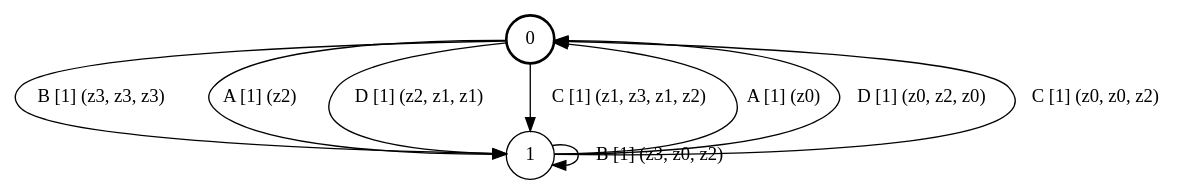
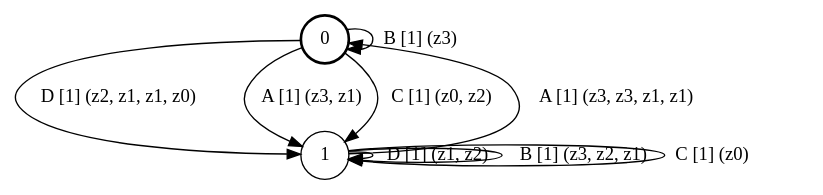
One commit to ulyantsev/EFSM-tools changed the diagram in qbf/testing/fsm_2s4e4a.dot. Above: the diagram before and after it, drawn with Graphviz. The commit also changed 812 other files, not shown here.

```diff
--- a/qbf/testing/fsm_2s4e4a.dot
+++ b/qbf/testing/fsm_2s4e4a.dot
@@ -1,14 +1,14 @@
 # generated file, don't try to modify
 # command: dot -Tpng <filename> > tree.png
 digraph Automaton {
     node [shape = circle];
     0 [style = "bold"];
-    0 -> 1 [label = "B [1] (z3, z3, z3) "];
-    0 -> 1 [label = "A [1] (z2) "];
-    0 -> 1 [label = "D [1] (z2, z1, z1) "];
-    0 -> 1 [label = "C [1] (z1, z3, z1, z2) "];
-    1 -> 1 [label = "B [1] (z3, z0, z2) "];
-    1 -> 0 [label = "A [1] (z0) "];
-    1 -> 0 [label = "D [1] (z0, z2, z0) "];
-    1 -> 0 [label = "C [1] (z0, z0, z2) "];
+    0 -> 1 [label = "D [1] (z2, z1, z1, z0) "];
+    0 -> 1 [label = "A [1] (z3, z1) "];
+    0 -> 0 [label = "B [1] (z3) "];
+    0 -> 1 [label = "C [1] (z0, z2) "];
+    1 -> 1 [label = "D [1] (z1, z2) "];
+    1 -> 0 [label = "A [1] (z3, z3, z1, z1) "];
+    1 -> 1 [label = "B [1] (z3, z2, z1) "];
+    1 -> 1 [label = "C [1] (z0) "];
 }
```
